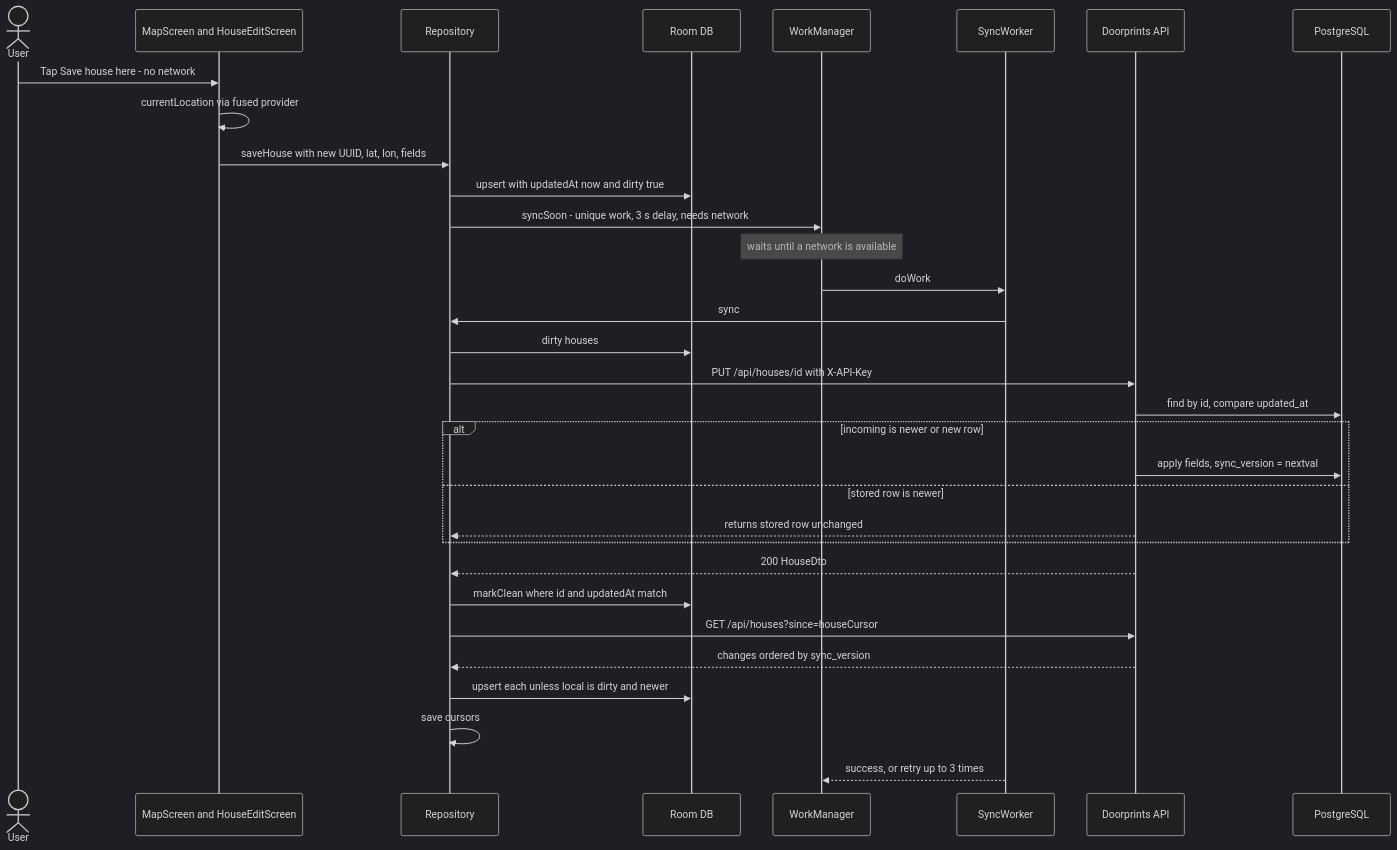
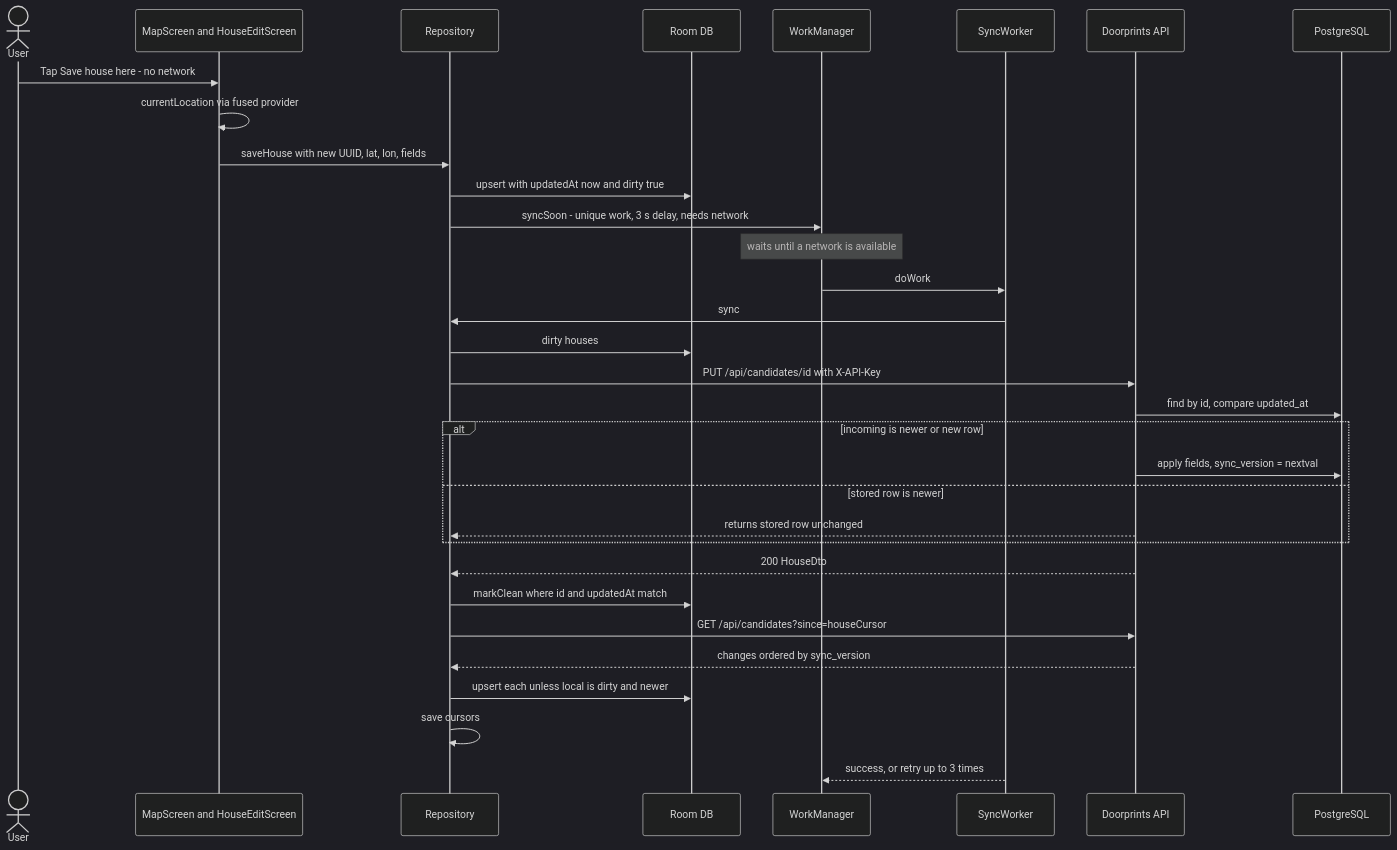
The eighth of 19 diagrams in docs/03-design.md (Sriram-Codes-SW/doorprints), drawn with Mermaid (dark theme) before and after one commit. The commit also changed other lines of this file and 68 other files, not shown here.

````diff
--- a/docs/03-design.md
+++ b/docs/03-design.md
@@ -778,34 +779,34 @@
 ```mermaid
 sequenceDiagram
     actor U as User
     participant UI as MapScreen and HouseEditScreen
     participant R as Repository
     participant DB as Room DB
     participant WM as WorkManager
     participant SW as SyncWorker
     participant API as Doorprints API
     participant PG as PostgreSQL
     U->>UI: Tap Save house here - no network
     UI->>UI: currentLocation via fused provider
     UI->>R: saveHouse with new UUID, lat, lon, fields
     R->>DB: upsert with updatedAt now and dirty true
     R->>WM: syncSoon - unique work, 3 s delay, needs network
     Note over WM: waits until a network is available
     WM->>SW: doWork
     SW->>R: sync
     R->>DB: dirty houses
-    R->>API: PUT /api/houses/id with X-API-Key
+    R->>API: PUT /api/candidates/id with X-API-Key
     API->>PG: find by id, compare updated_at
     alt incoming is newer or new row
         API->>PG: apply fields, sync_version = nextval
     else stored row is newer
         API-->>R: returns stored row unchanged
     end
     API-->>R: 200 HouseDto
     R->>DB: markClean where id and updatedAt match
-    R->>API: GET /api/houses?since=houseCursor
+    R->>API: GET /api/candidates?since=houseCursor
     API-->>R: changes ordered by sync_version
     R->>DB: upsert each unless local is dirty and newer
     R->>R: save cursors
     SW-->>WM: success, or retry up to 3 times
 ```
````
